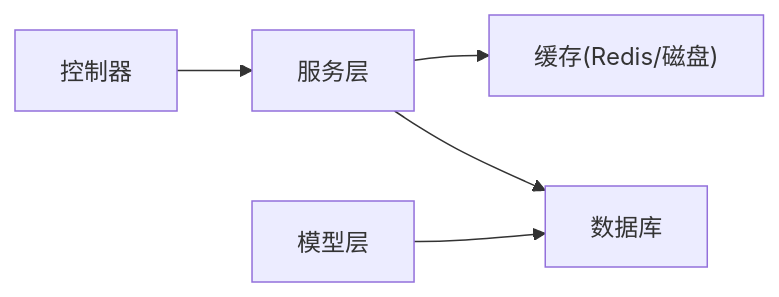
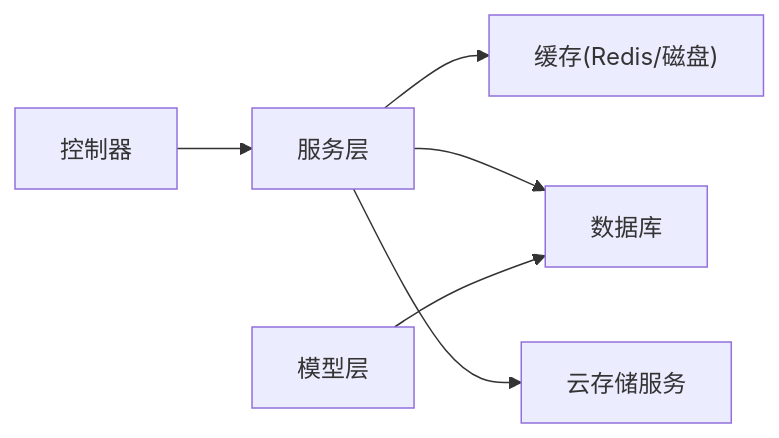
One commit to zhaodechao2008/new-api changed diagram 14 of 14 in .qoder/repowiki/zh/content/数据模型/数据模型.md. Above: the diagram before and after it, drawn with Mermaid. The commit also changed other lines of this file and 274 other files, not shown here.

````diff
--- a/.qoder/repowiki/zh/content/数据模型/数据模型.md
+++ b/.qoder/repowiki/zh/content/数据模型/数据模型.md
@@ -627,7 +736,8 @@
 ```mermaid
 graph LR
 Ctrl["控制器"] --> Service["服务层"]
 Service --> Cache["缓存(Redis/磁盘)"]
 Service --> DB["数据库"]
+Service --> CloudStorage["云存储服务"]
 Model["模型层"] --> DB
 ```
````
